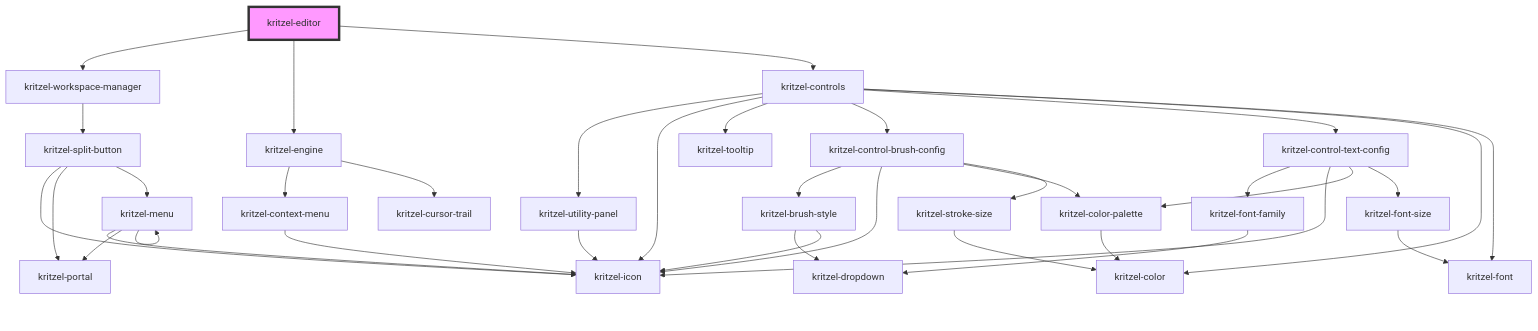
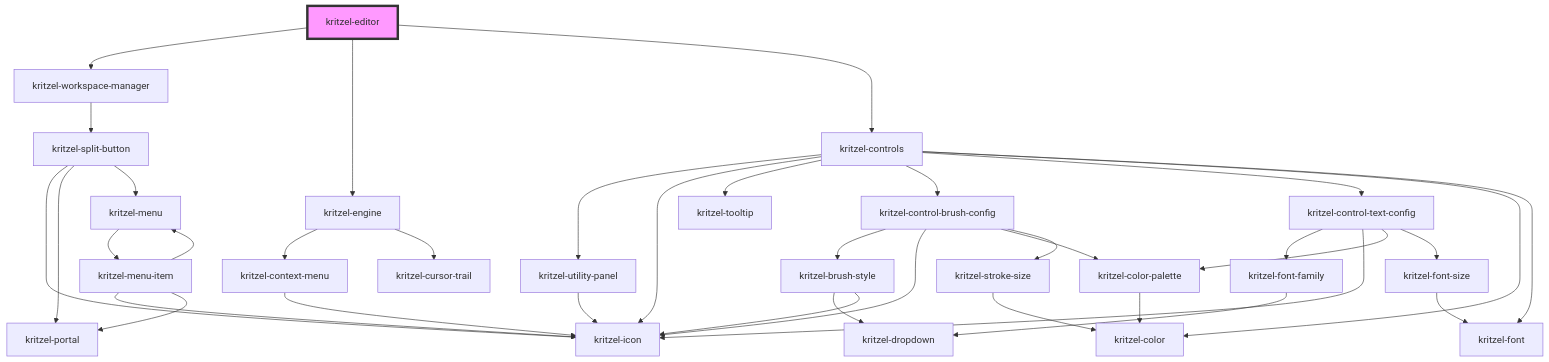
Before and after one commit to kasual1/kritzel: the diagram in libs/kritzel-stencil/src/components/core/kritzel-editor/readme.md, drawn with Mermaid. The commit also changed 19 other files, not shown here.

````diff
--- a/libs/kritzel-stencil/src/components/core/kritzel-editor/readme.md
+++ b/libs/kritzel-stencil/src/components/core/kritzel-editor/readme.md
@@ -168,39 +168,40 @@
 ```mermaid
 graph TD;
   kritzel-editor --> kritzel-workspace-manager
   kritzel-editor --> kritzel-engine
   kritzel-editor --> kritzel-controls
   kritzel-workspace-manager --> kritzel-split-button
   kritzel-split-button --> kritzel-icon
   kritzel-split-button --> kritzel-portal
   kritzel-split-button --> kritzel-menu
-  kritzel-menu --> kritzel-icon
-  kritzel-menu --> kritzel-portal
-  kritzel-menu --> kritzel-menu
+  kritzel-menu --> kritzel-menu-item
+  kritzel-menu-item --> kritzel-icon
+  kritzel-menu-item --> kritzel-portal
+  kritzel-menu-item --> kritzel-menu
   kritzel-engine --> kritzel-context-menu
   kritzel-engine --> kritzel-cursor-trail
   kritzel-context-menu --> kritzel-icon
   kritzel-controls --> kritzel-utility-panel
   kritzel-controls --> kritzel-icon
   kritzel-controls --> kritzel-tooltip
   kritzel-controls --> kritzel-control-brush-config
   kritzel-controls --> kritzel-control-text-config
   kritzel-controls --> kritzel-color
   kritzel-controls --> kritzel-font
   kritzel-utility-panel --> kritzel-icon
   kritzel-control-brush-config --> kritzel-brush-style
   kritzel-control-brush-config --> kritzel-icon
   kritzel-control-brush-config --> kritzel-color-palette
   kritzel-control-brush-config --> kritzel-stroke-size
   kritzel-brush-style --> kritzel-dropdown
   kritzel-brush-style --> kritzel-icon
   kritzel-color-palette --> kritzel-color
   kritzel-stroke-size --> kritzel-color
   kritzel-control-text-config --> kritzel-font-family
   kritzel-control-text-config --> kritzel-icon
   kritzel-control-text-config --> kritzel-color-palette
   kritzel-control-text-config --> kritzel-font-size
   kritzel-font-family --> kritzel-dropdown
   kritzel-font-size --> kritzel-font
   style kritzel-editor fill:#f9f,stroke:#333,stroke-width:4px
 ```
````
